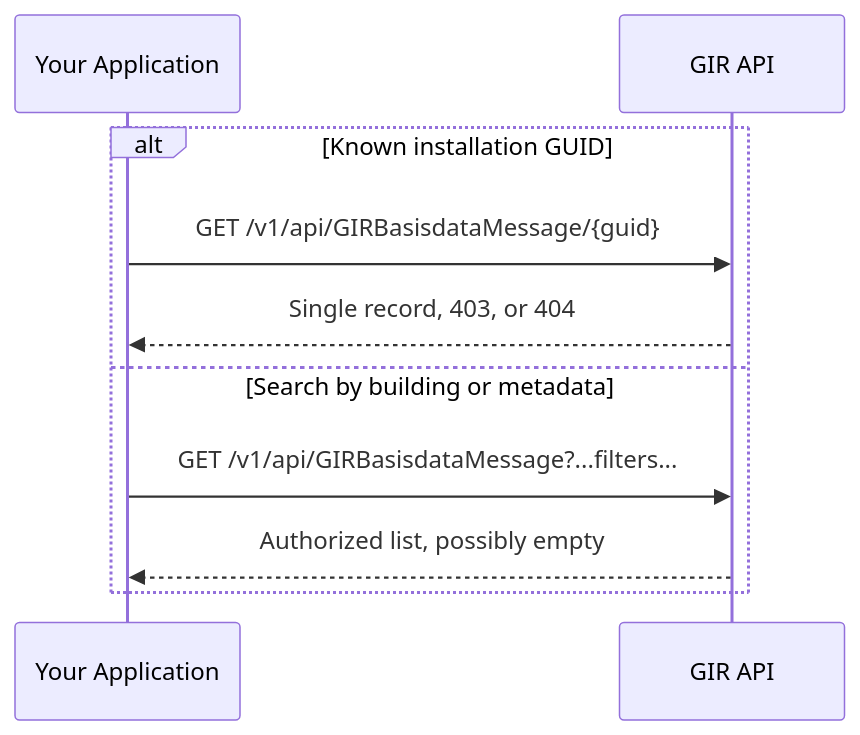
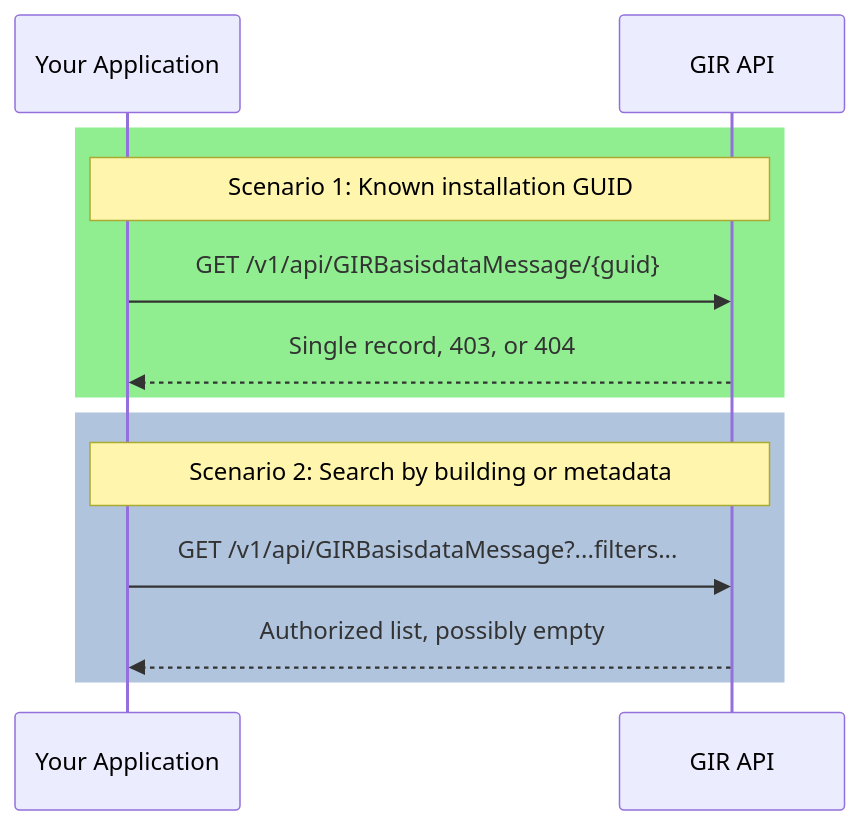
The fifth of 6 diagrams in gir/data-consumer-flow.md (POORT8/Poort8.Docs), drawn with Mermaid before and after one commit. The commit also changed 6 other files, not shown here.

````diff
--- a/gir/data-consumer-flow.md
+++ b/gir/data-consumer-flow.md
@@ -158,13 +158,17 @@
 ```mermaid
 sequenceDiagram
     participant App as Your Application
     participant GIR as GIR API
 
-    alt Known installation GUID
-        App->>GIR: GET /v1/api/GIRBasisdataMessage/{guid}
-        GIR-->>App: Single record, 403, or 404
-    else Search by building or metadata
-        App->>GIR: GET /v1/api/GIRBasisdataMessage?...filters...
-        GIR-->>App: Authorized list, possibly empty
+    rect rgb(144, 238, 144)
+    note over App,GIR: Scenario 1: Known installation GUID
+    App->>GIR: GET /v1/api/GIRBasisdataMessage/{guid}
+    GIR-->>App: Single record, 403, or 404
+    end
+    
+    rect rgb(176, 196, 222)
+    note over App,GIR: Scenario 2: Search by building or metadata
+    App->>GIR: GET /v1/api/GIRBasisdataMessage?...filters...
+    GIR-->>App: Authorized list, possibly empty
     end
 ```
````
